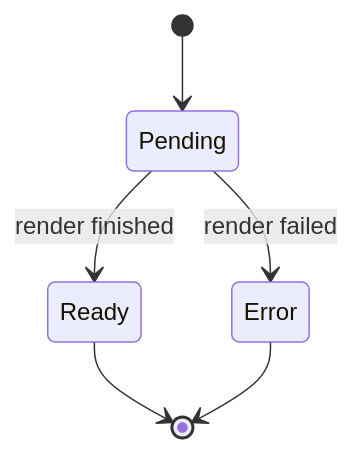
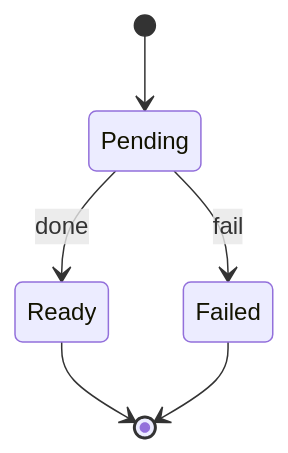
One commit to highpear/oxidemd changed the fourth of 6 diagrams in samples/mermaid-evaluation.md. Above: the diagram before and after it, drawn with Mermaid. The commit also changed other lines of this file and 3 other files, not shown here.

Commit message:
Improve Mermaid diagram readability

````diff
--- a/samples/mermaid-evaluation.md
+++ b/samples/mermaid-evaluation.md
@@ -47,8 +47,8 @@
 ```mermaid
 stateDiagram-v2
     [*] --> Pending
-    Pending --> Ready: render finished
-    Pending --> Error: render failed
+    Pending --> Ready: done
+    Pending --> Failed: fail
     Ready --> [*]
-    Error --> [*]
+    Failed --> [*]
 ```
````
